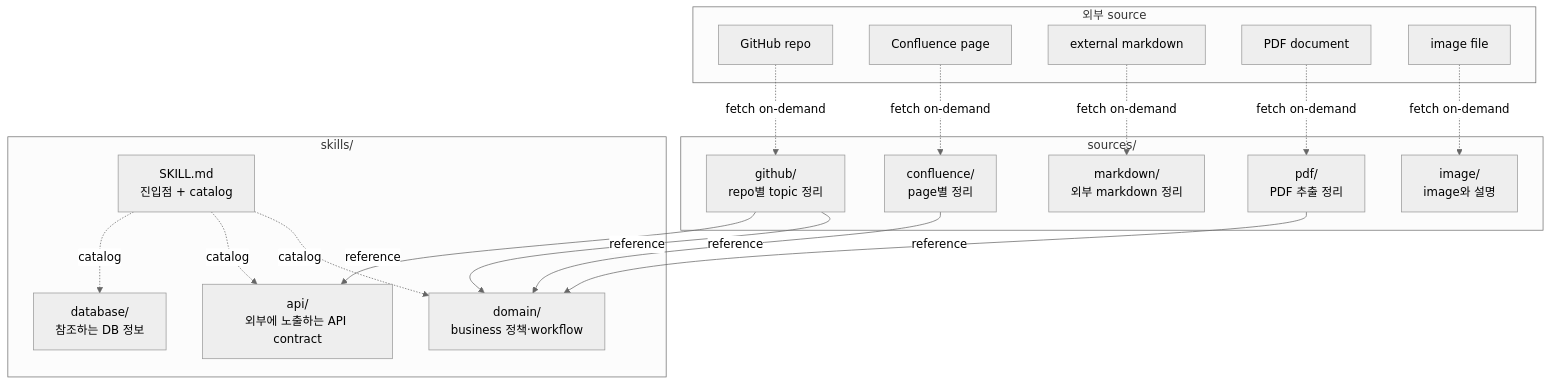
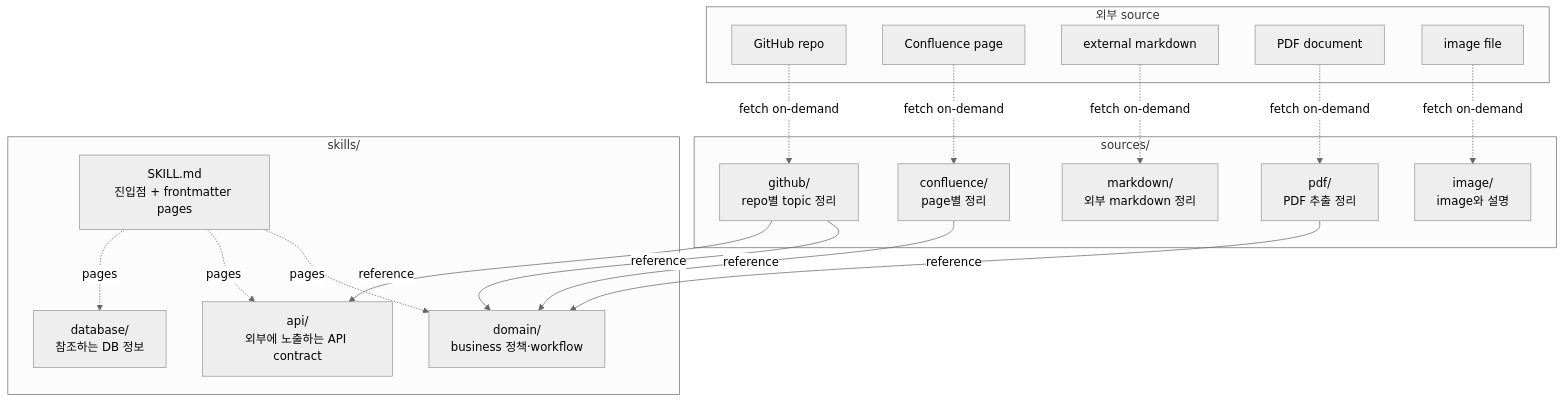
The second of 4 diagrams in collections/_notes/ai/llm-wiki/as-skill.md (choesimin/choesimin.github.io), drawn with Mermaid (neutral theme) before and after one commit. The commit also changed other lines of this file, not shown here.

````diff
--- a/collections/_notes/ai/llm-wiki/as-skill.md
+++ b/collections/_notes/ai/llm-wiki/as-skill.md
@@ -128,40 +128,40 @@
 ```mermaid
 graph TB
     subgraph external["외부 source"]
         ext_repo[GitHub repo]
         ext_conf[Confluence page]
         ext_md[external markdown]
         ext_pdf[PDF document]
         ext_img[image file]
     end
 
     subgraph sources_layer["sources/"]
         src_github["github/<br>repo별 topic 정리"]
         src_conf["confluence/<br>page별 정리"]
         src_md["markdown/<br>외부 markdown 정리"]
         src_pdf["pdf/<br>PDF 추출 정리"]
         src_img["image/<br>image와 설명"]
     end
 
     subgraph skills_layer["skills/"]
-        skill_md[SKILL.md<br>진입점 + catalog]
+        skill_md["SKILL.md<br>진입점 + frontmatter pages"]
         skill_domain["domain/<br>business 정책·workflow"]
         skill_api["api/<br>외부에 노출하는 API contract"]
         skill_db["database/<br>참조하는 DB 정보"]
     end
 
     ext_repo -.fetch on-demand.-> src_github
     ext_conf -.fetch on-demand.-> src_conf
     ext_md -.fetch on-demand.-> src_md
     ext_pdf -.fetch on-demand.-> src_pdf
     ext_img -.fetch on-demand.-> src_img
 
     src_github -->|reference| skill_domain
     src_conf -->|reference| skill_domain
     src_github -->|reference| skill_api
     src_pdf -->|reference| skill_domain
 
-    skill_md -.catalog.-> skill_domain
-    skill_md -.catalog.-> skill_api
-    skill_md -.catalog.-> skill_db
+    skill_md -.pages.-> skill_domain
+    skill_md -.pages.-> skill_api
+    skill_md -.pages.-> skill_db
 ```
````
